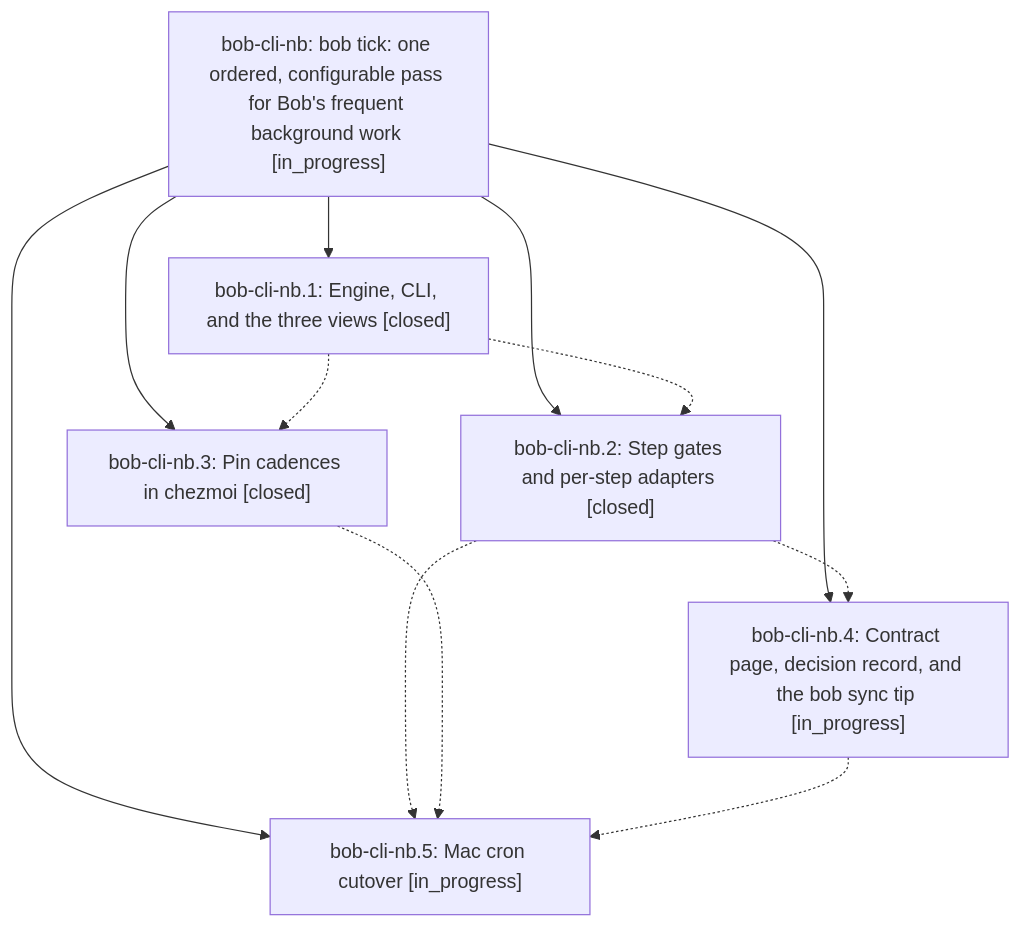
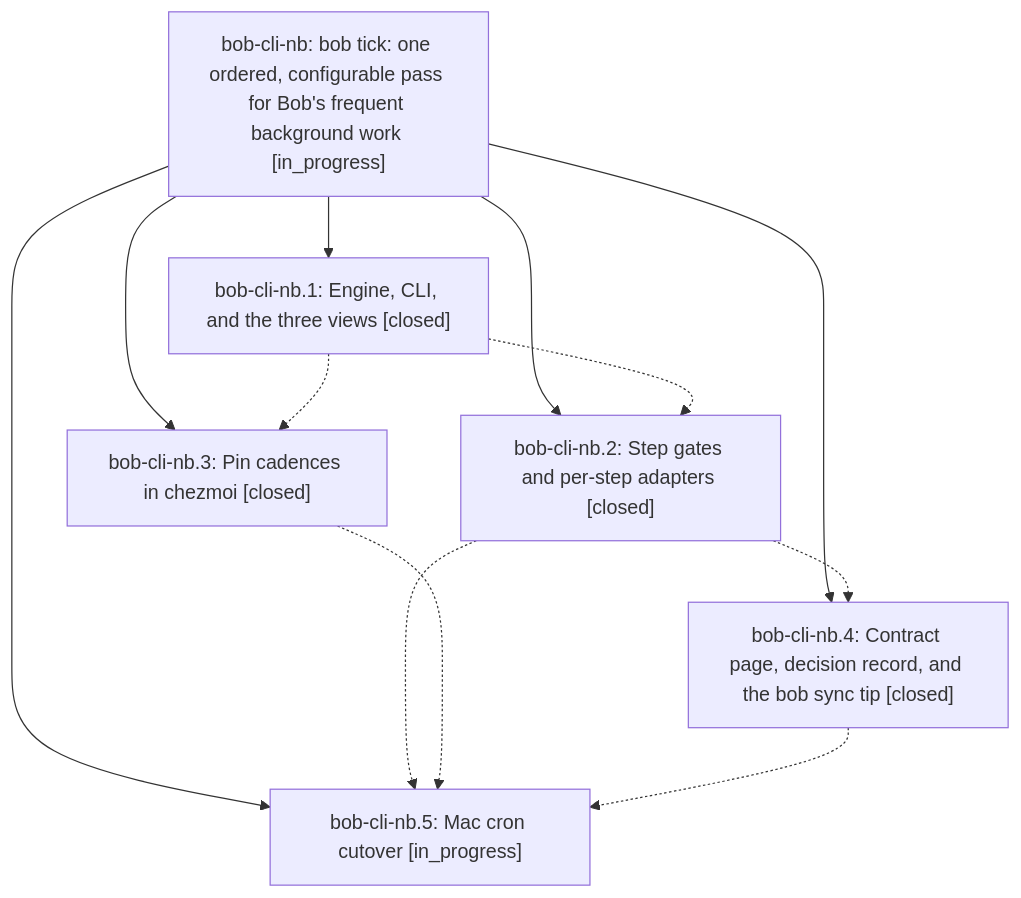
The diagram in pages/bob-cli-nb/README.md (bobs-org/bob-cli--beads), drawn with Mermaid before and after one commit. The commit also changed other lines of this file and 3 other files, not shown here.

First line of the commit message:
chore(beads): sync bead state and pages for bob-cli-nb

````diff
--- a/pages/bob-cli-nb/README.md
+++ b/pages/bob-cli-nb/README.md
@@ -38,20 +40,20 @@
 ```mermaid
 flowchart TD
     n0["bob-cli-nb: bob tick: one ordered, configurable pass for Bob's frequent background work [in_progress]"]
     n1["bob-cli-nb.1: Engine, CLI, and the three views [closed]"]
     n2["bob-cli-nb.2: Step gates and per-step adapters [closed]"]
     n3["bob-cli-nb.3: Pin cadences in chezmoi [closed]"]
-    n4["bob-cli-nb.4: Contract page, decision record, and the bob sync tip [in_progress]"]
+    n4["bob-cli-nb.4: Contract page, decision record, and the bob sync tip [closed]"]
     n5["bob-cli-nb.5: Mac cron cutover [in_progress]"]
     n0 --> n1
     n0 --> n2
     n0 --> n3
     n0 --> n4
     n0 --> n5
     n1 -.-> n2
     n1 -.-> n3
     n2 -.-> n4
     n2 -.-> n5
     n3 -.-> n5
     n4 -.-> n5
 ```
````
